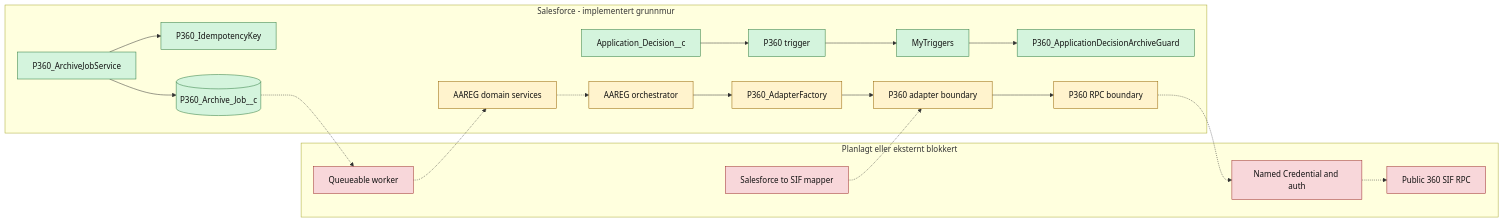
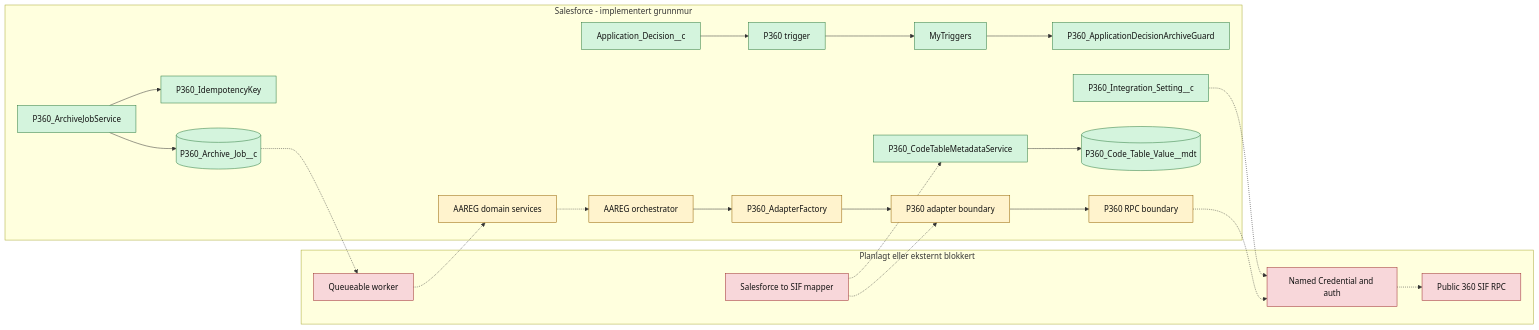
The first of 4 diagrams in docs/integrations/p360/teknisk-oversikt.md (navikt/crm-arbeidsforhold), drawn with Mermaid before and after one commit. The commit also changed other lines of this file and 3 other files, not shown here.

Commit message:
docs(p360): sync teknisk-oversikt, arkitekturdiagram og README-ar med K1/K2/K3/X1-arbeid

````diff
--- a/docs/integrations/p360/teknisk-oversikt.md
+++ b/docs/integrations/p360/teknisk-oversikt.md
@@ -45,41 +48,47 @@
 ```mermaid
 graph LR
     subgraph Salesforce[Salesforce - implementert grunnmur]
         Decision[Application_Decision__c]
         Trigger[P360 trigger]
         MyTriggers[MyTriggers]
         Guard[P360_ApplicationDecisionArchiveGuard]
         Key[P360_IdempotencyKey]
         JobService[P360_ArchiveJobService]
         Job[(P360_Archive_Job__c)]
         Domain[AAREG domain services]
         Orchestrator[AAREG orchestrator]
         Factory[P360_AdapterFactory]
         Adapter[P360 adapter boundary]
         Rpc[P360 RPC boundary]
+        CodeTable[(P360_Code_Table_Value__mdt)]
+        CodeTableService[P360_CodeTableMetadataService]
+        Config[P360_Integration_Setting__c]
     end
 
     subgraph Future[Planlagt eller eksternt blokkert]
         Worker[Queueable worker]
         Mapper[Salesforce to SIF mapper]
         Auth[Named Credential and auth]
         P360[Public 360 SIF RPC]
     end
 
     Decision --> Trigger --> MyTriggers --> Guard
     JobService --> Key
     JobService --> Job
     Job -.-> Worker
     Worker -.-> Domain
     Domain -.-> Orchestrator
     Orchestrator --> Factory --> Adapter --> Rpc
     Rpc -.-> Auth -.-> P360
     Mapper -.-> Adapter
+    CodeTableService --> CodeTable
+    Mapper -.-> CodeTableService
+    Config -.-> Auth
 
     classDef implemented fill:#d4f4dd,stroke:#2d7a3e,color:#111
     classDef contract fill:#fff3cd,stroke:#946200,color:#111
     classDef blocked fill:#f8d7da,stroke:#9b2c2c,color:#111
-    class Decision,Trigger,MyTriggers,Guard,Key,JobService,Job implemented
+    class Decision,Trigger,MyTriggers,Guard,Key,JobService,Job,CodeTable,CodeTableService,Config implemented
     class Domain,Orchestrator,Factory,Adapter,Rpc contract
     class Worker,Mapper,Auth,P360 blocked
 ```
````
